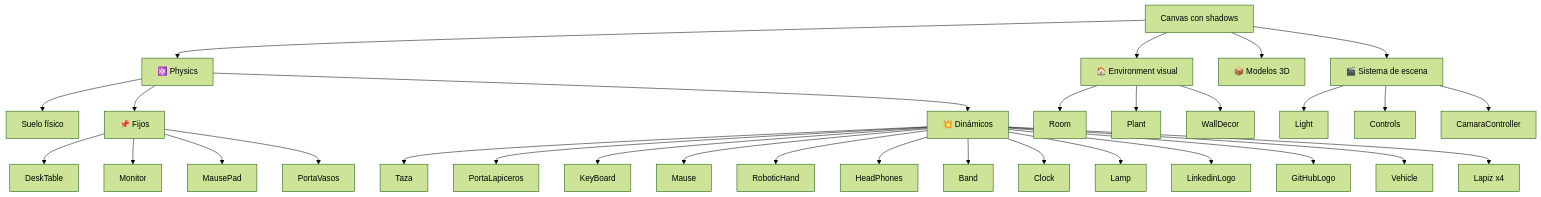
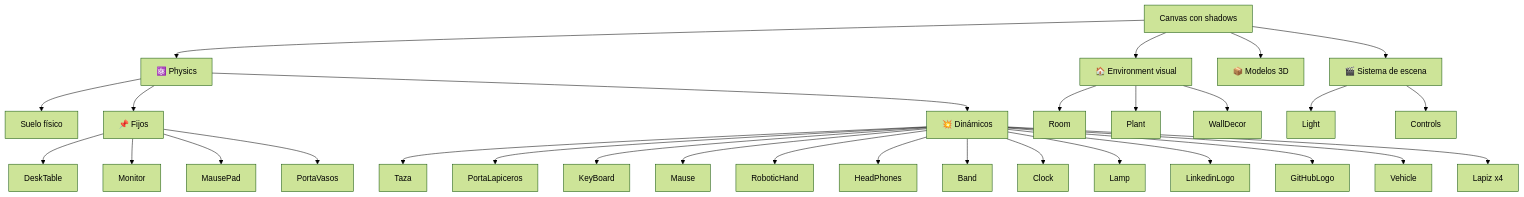
The first of 4 diagrams in docs/04-escena-3d/sistema-de-escena.md (Palcojulian/portafolio), drawn with Mermaid (forest theme) before and after one commit. The commit also changed other lines of this file and 5 other files, not shown here.

````diff
--- a/docs/04-escena-3d/sistema-de-escena.md
+++ b/docs/04-escena-3d/sistema-de-escena.md
@@ -35,40 +35,39 @@
 ```mermaid
 graph TB
     Canvas[Canvas con shadows]
 
     Canvas --> Physics[⚛️ Physics]
     Canvas --> Env[🏠 Environment visual]
     Canvas --> Models[📦 Modelos 3D]
     Canvas --> Scene[🎬 Sistema de escena]
 
     Physics --> Floor[Suelo físico]
     Physics --> Fixed[📌 Fijos]
     Physics --> Dynamic[💥 Dinámicos]
 
     Env --> Room
     Env --> Plant
     Env --> WallDecor
 
     Scene --> Light
     Scene --> Controls
-    Scene --> CamaraController
 
     Fixed --> DeskTable
     Fixed --> Monitor
     Fixed --> MausePad
     Fixed --> PortaVasos
 
     Dynamic --> Taza
     Dynamic --> PortaLapiceros
     Dynamic --> KeyBoard
     Dynamic --> Mause
     Dynamic --> RoboticHand
     Dynamic --> HeadPhones
     Dynamic --> Band
     Dynamic --> Clock
     Dynamic --> Lamp
     Dynamic --> LinkedinLogo
     Dynamic --> GitHubLogo
     Dynamic --> Vehicle
     Dynamic --> Lapiz1[Lapiz x4]
 ```
````
